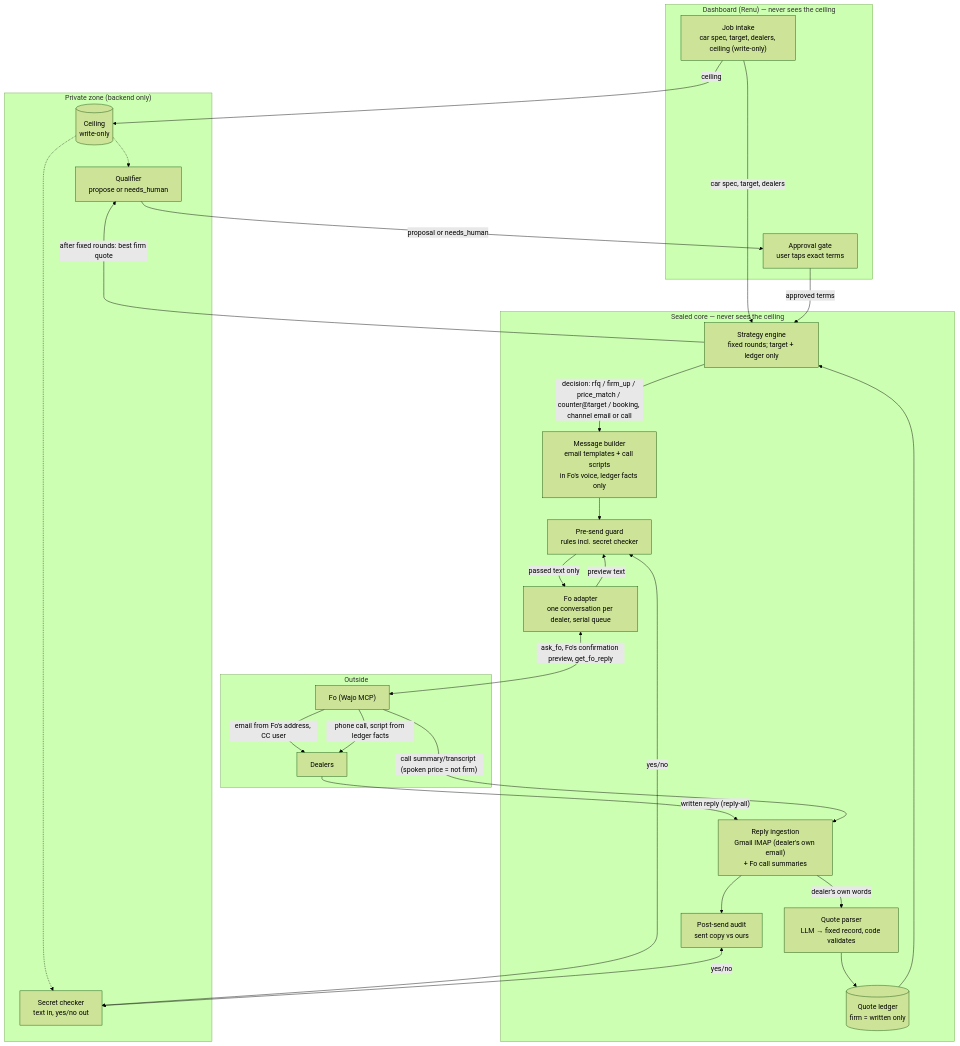
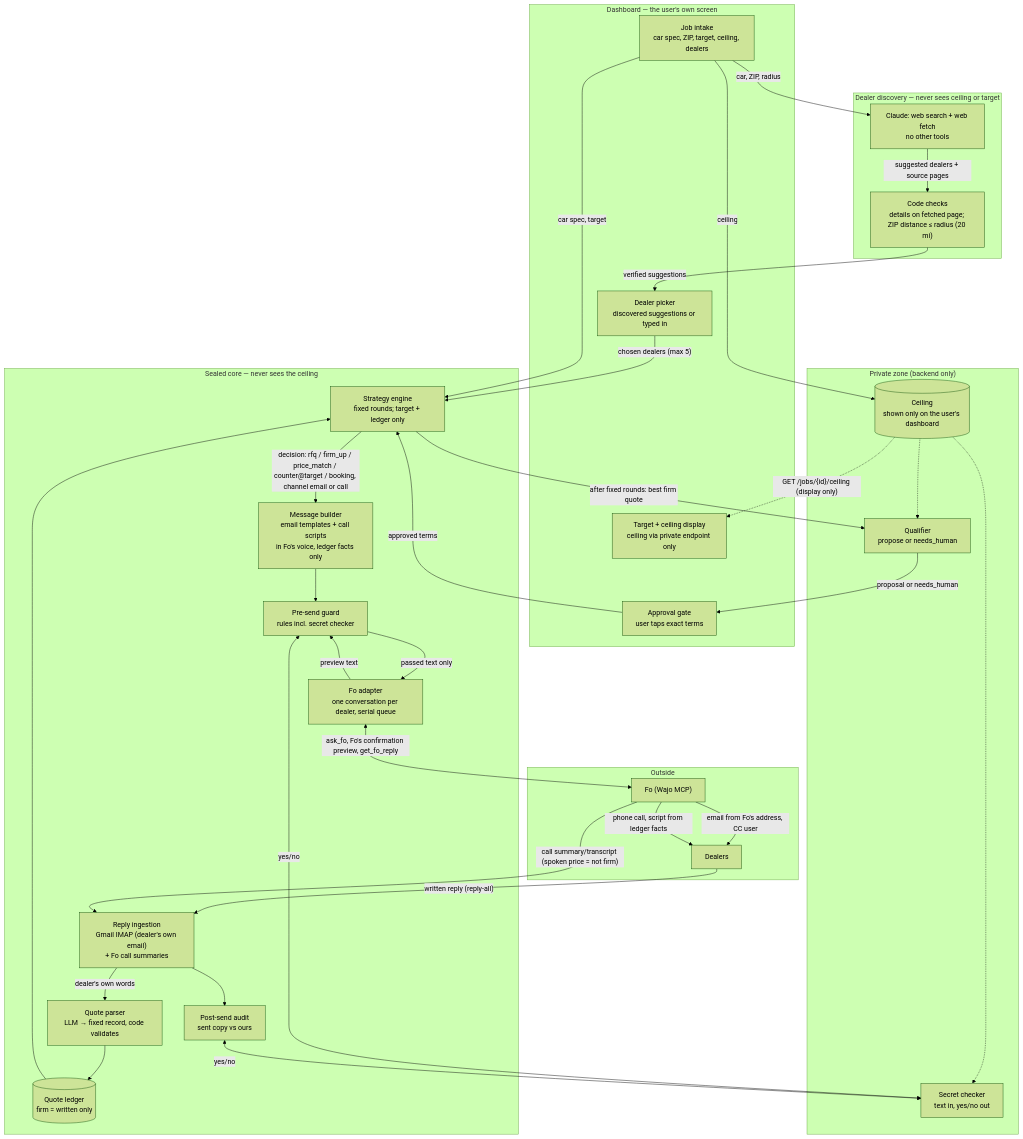
Before and after one commit to HetPatel1978/Sealed_GSD: the first of 2 diagrams in docs/architecture.md, drawn with Mermaid (forest theme). The commit also changed other lines of this file and 13 other files, not shown here.

First line of the commit message:
Modifying the plan and architecture to reflect our updates on the flow. docs: v0.3 — ceiling on the user's dashboard, dealer discovery, team roles

````diff
--- a/docs/architecture.md
+++ b/docs/architecture.md
@@ -23,52 +27,64 @@
 ```mermaid
 flowchart TB
-    subgraph UI["Dashboard (Renu) — never sees the ceiling"]
-        INTAKE["Job intake<br/>car spec, target, dealers, ceiling (write-only)"]
+    subgraph UI["Dashboard — the user's own screen"]
+        INTAKE["Job intake<br/>car spec, ZIP, target, ceiling, dealers"]
+        PICK["Dealer picker<br/>discovered suggestions or typed in"]
+        SHOW["Target + ceiling display<br/>ceiling via private endpoint only"]
         APPROVE["Approval gate<br/>user taps exact terms"]
     end
 
+    subgraph DISC["Dealer discovery — never sees ceiling or target"]
+        FIND["Claude: web search + web fetch<br/>no other tools"]
+        DCHECK["Code checks<br/>details on fetched page; ZIP distance ≤ radius (20 mi)"]
+    end
+
     subgraph PRIVATE["Private zone (backend only)"]
-        VAULT[("Ceiling<br/>write-only")]
+        VAULT[("Ceiling<br/>shown only on the user's dashboard")]
         QUAL["Qualifier<br/>propose or needs_human"]
         SECRET["Secret checker<br/>text in, yes/no out"]
     end
 
     subgraph CORE["Sealed core — never sees the ceiling"]
         STRAT["Strategy engine<br/>fixed rounds; target + ledger only"]
         BUILD["Message builder<br/>email templates + call scripts<br/>in Fo's voice, ledger facts only"]
         GUARD["Pre-send guard<br/>rules incl. secret checker"]
         FOAD["Fo adapter<br/>one conversation per dealer, serial queue"]
         INGEST["Reply ingestion<br/>Gmail IMAP (dealer's own email)<br/>+ Fo call summaries"]
         PARSE["Quote parser<br/>LLM → fixed record, code validates"]
         LEDGER[("Quote ledger<br/>firm = written only")]
         AUDIT["Post-send audit<br/>sent copy vs ours"]
     end
 
     subgraph EXT["Outside"]
         FO["Fo (Wajo MCP)"]
         DEALERS["Dealers"]
     end
 
+    INTAKE -->|"car, ZIP, radius"| FIND
+    FIND -->|"suggested dealers + source pages"| DCHECK
+    DCHECK -->|"verified suggestions"| PICK
+    PICK -->|"chosen dealers (max 5)"| STRAT
     INTAKE -->|ceiling| VAULT
-    INTAKE -->|"car spec, target, dealers"| STRAT
+    VAULT -.->|"GET /jobs/{id}/ceiling (display only)"| SHOW
+    INTAKE -->|"car spec, target"| STRAT
     STRAT -->|"decision: rfq / firm_up / price_match / counter@target / booking, channel email or call"| BUILD
     BUILD --> GUARD
     GUARD <-->|"yes/no"| SECRET
     VAULT -.-> SECRET
     GUARD -->|passed text only| FOAD
     FOAD <-->|"ask_fo, Fo's confirmation preview, get_fo_reply"| FO
     FOAD -->|"preview text"| GUARD
     FO -->|"email from Fo's address, CC user"| DEALERS
     FO -->|"phone call, script from ledger facts"| DEALERS
     DEALERS -->|"written reply (reply-all)"| INGEST
     FO -->|"call summary/transcript (spoken price = not firm)"| INGEST
     INGEST --> AUDIT
     AUDIT <-->|"yes/no"| SECRET
     INGEST -->|"dealer's own words"| PARSE
     PARSE --> LEDGER
     LEDGER --> STRAT
     STRAT -->|"after fixed rounds: best firm quote"| QUAL
     VAULT -.-> QUAL
     QUAL -->|"proposal or needs_human"| APPROVE
     APPROVE -->|"approved terms"| STRAT
 ```
````
